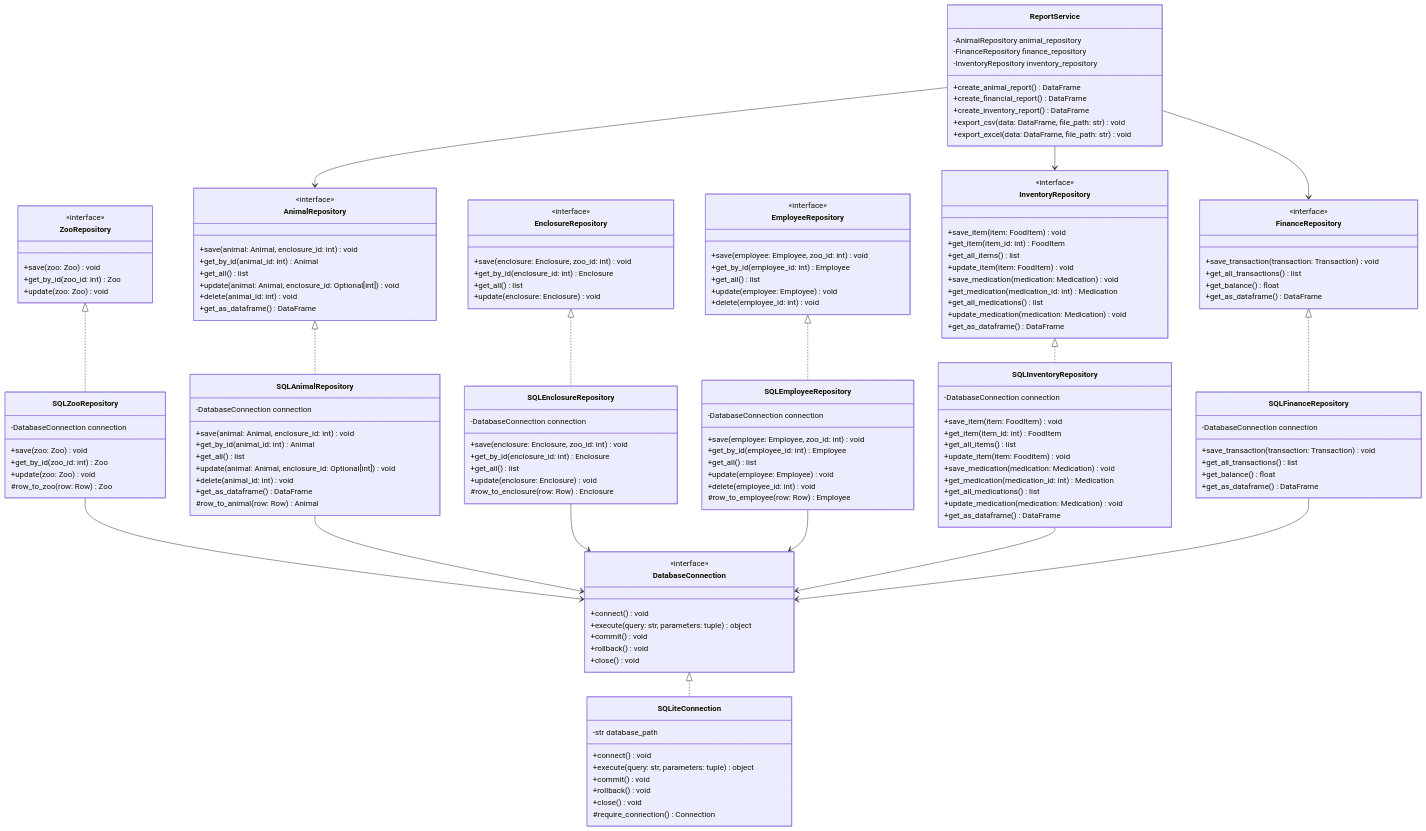
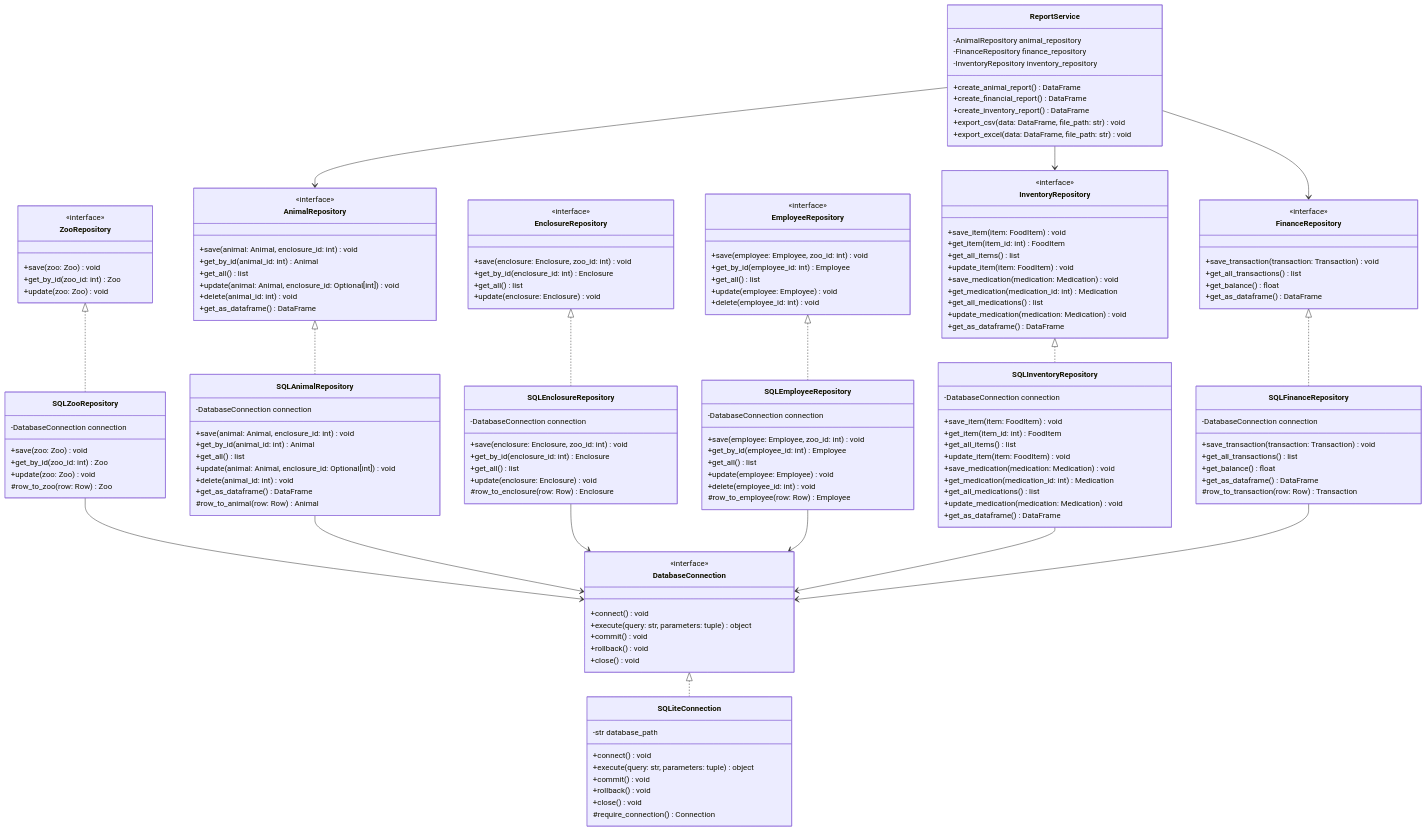
One commit to Darnell-Beganovic/zms-BBS changed the diagram in zoo_simulation/docs/planning_db_kaiss.md. Above: the diagram before and after it, drawn with Mermaid. The commit also changed 1 other file, not shown here.

Commit message:
fix(planning): add missing row_to_transaction() mapper to SQLFinanceRepository
SQLZooRepository, SQLAnimalRepository, SQLEnclosureRepository and
SQLEmployeeRepository all got a row_to_*() mapper for get_all()/get_by_id(),
but SQLFinanceRepository was missed even though get_all_transactions() needs
the same row-to-object mapping. No design reason to omit it.

```diff
--- a/zoo_simulation/docs/planning_db_kaiss.md
+++ b/zoo_simulation/docs/planning_db_kaiss.md
@@ -171,6 +171,7 @@
         +get_all_transactions() list
         +get_balance() float
         +get_as_dataframe() DataFrame
+        #row_to_transaction(row: Row) Transaction
     }
 
     class ReportService {
```
